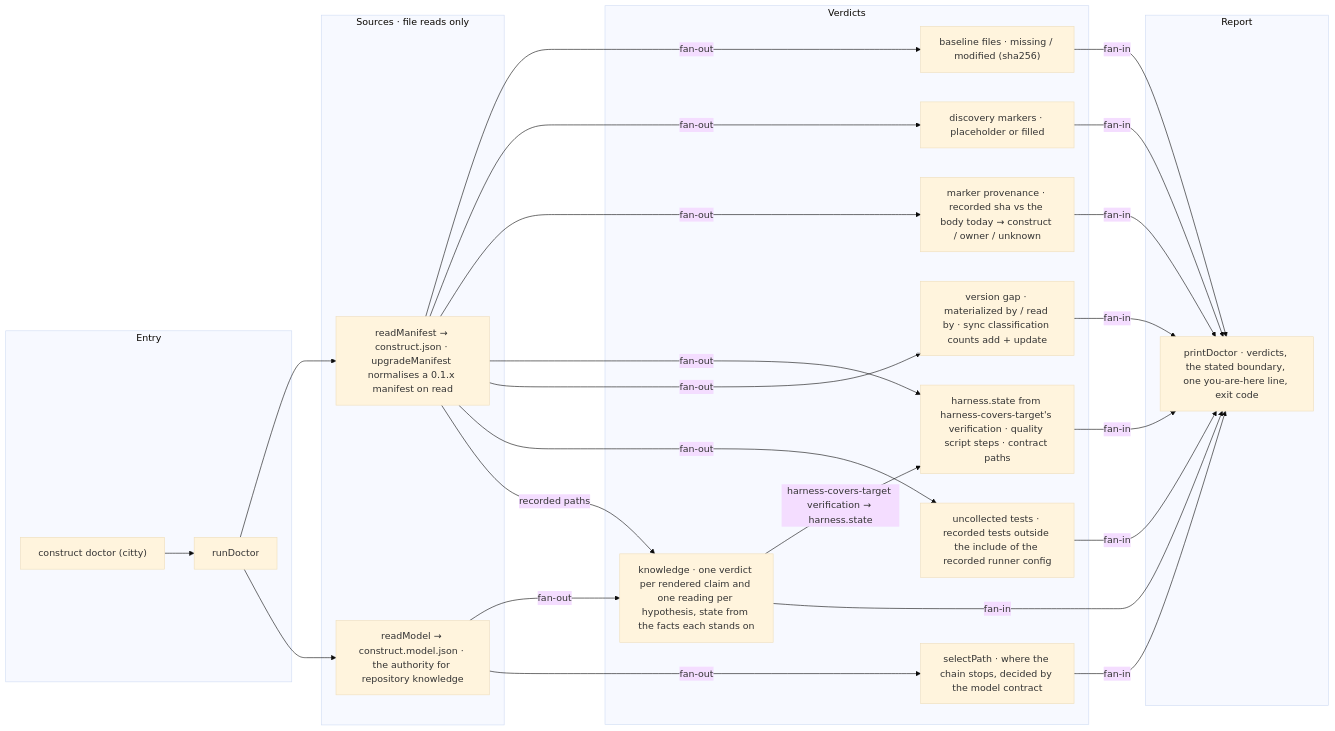
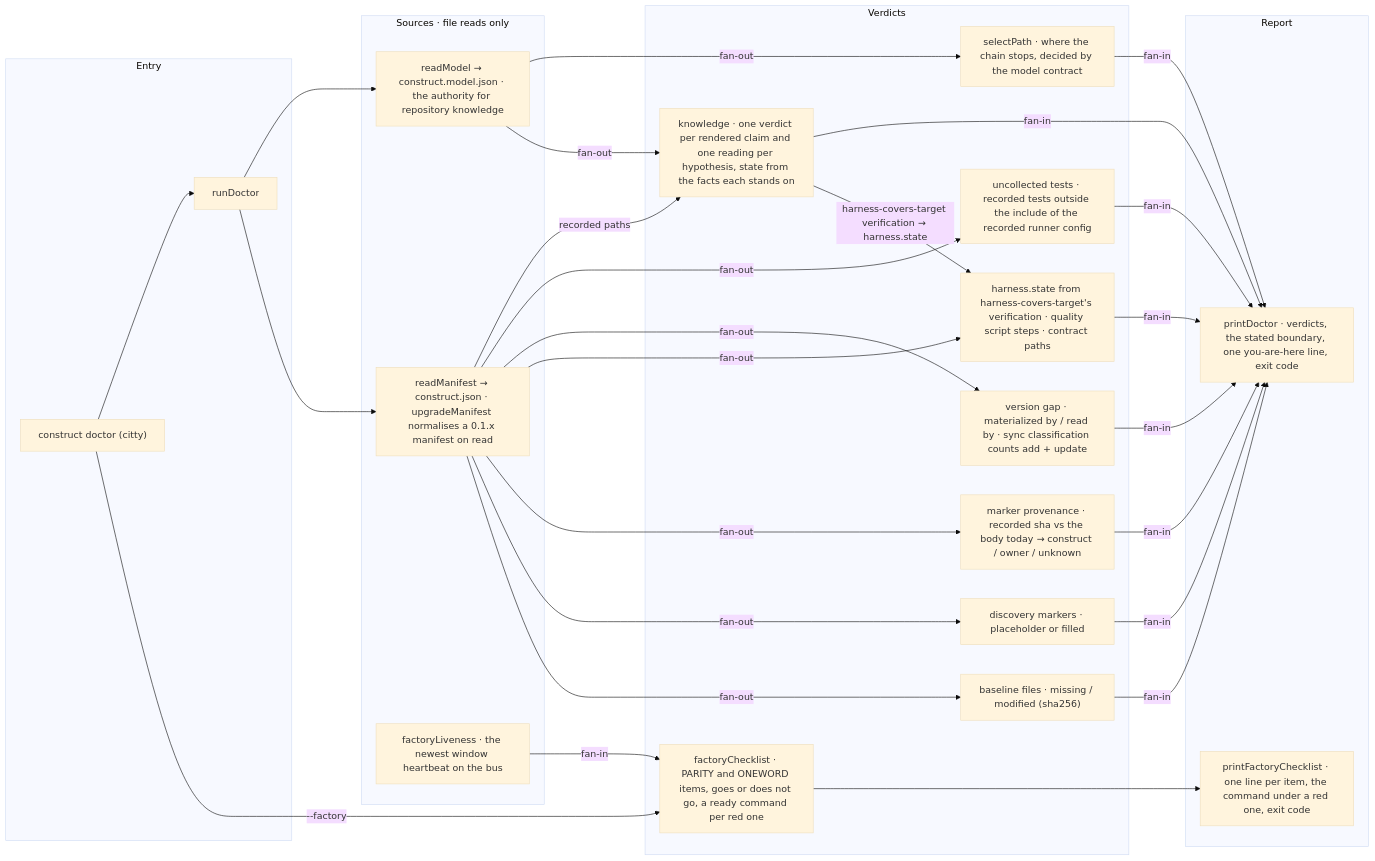
One commit to E1i/mikoshi-construct changed the diagram in architecture/doctor.md. Above: the diagram before and after it, drawn with Mermaid (base theme). The commit also changed other lines of this file and 16 other files, not shown here.

````diff
--- a/architecture/doctor.md
+++ b/architecture/doctor.md
@@ -10,45 +10,51 @@
 ```mermaid
 flowchart LR
   subgraph b_entry["Entry"]
     cli["construct doctor (citty)"]
     run["runDoctor"]
   end
   subgraph b_evidence["Sources · file reads only"]
     manifest["readManifest → construct.json · upgradeManifest normalises a 0.1.x manifest on read"]
     model["readModel → construct.model.json · the authority for repository knowledge"]
+    liveness["factoryLiveness · the newest window heartbeat on the bus"]
   end
   subgraph b_checks["Verdicts"]
     files["baseline files · missing / modified (sha256)"]
     markers["discovery markers · placeholder or filled"]
     provenance["marker provenance · recorded sha vs the body today → construct / owner / unknown"]
     harness["harness.state from harness-covers-target's verification · quality script steps · contract paths"]
     versionGap["version gap · materialized by / read by · sync classification counts add + update"]
     uncollected["uncollected tests · recorded tests outside the include of the recorded runner config"]
     projection["knowledge · one verdict per rendered claim and one reading per hypothesis, state from the facts each stands on"]
     youAreHere["selectPath · where the chain stops, decided by the model contract"]
+    factory["factoryChecklist · PARITY and ONEWORD items, goes or does not go, a ready command per red one"]
   end
   subgraph b_report["Report"]
     print["printDoctor · verdicts, the stated boundary, one you-are-here line, exit code"]
+    printFactory["printFactoryChecklist · one line per item, the command under a red one, exit code"]
   end
+  cli -->|"--factory"| factory
+  liveness -->|"fan-in"| factory
+  factory --> printFactory
   cli --> run
   run --> manifest
   run --> model
   manifest -->|"fan-out"| files
   manifest -->|"fan-out"| markers
   manifest -->|"fan-out"| provenance
   manifest -->|"fan-out"| harness
   manifest -->|"fan-out"| versionGap
   manifest -->|"fan-out"| uncollected
   model -->|"fan-out"| projection
   manifest -->|"recorded paths"| projection
   projection -->|"harness-covers-target verification → harness.state"| harness
   model -->|"fan-out"| youAreHere
   files -->|"fan-in"| print
   markers -->|"fan-in"| print
   provenance -->|"fan-in"| print
   harness -->|"fan-in"| print
   versionGap -->|"fan-in"| print
   uncollected -->|"fan-in"| print
   projection -->|"fan-in"| print
   youAreHere -->|"fan-in"| print
 ```
````
